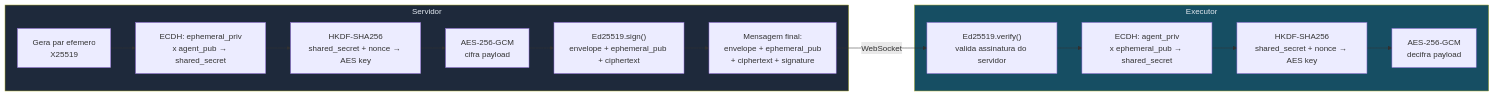
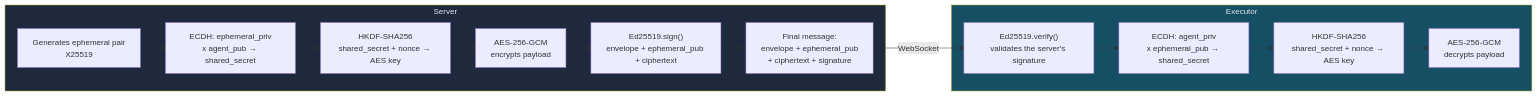
One commit to jlanio/atlans changed the sixth of 15 diagrams in docs/architecture.md. Above: the diagram before and after it, drawn with Mermaid. The commit also changed other lines of this file and 41 other files, not shown here.

````diff
--- a/docs/architecture.md
+++ b/docs/architecture.md
@@ -533,24 +534,24 @@
 ```mermaid
 flowchart LR
-    subgraph Servidor
-        EPHEMERAL["Gera par efemero<br/>X25519"]
+    subgraph Servidor["Server"]
+        EPHEMERAL["Generates ephemeral pair<br/>X25519"]
         ECDH["ECDH: ephemeral_priv<br/>x agent_pub → shared_secret"]
         HKDF["HKDF-SHA256<br/>shared_secret + nonce → AES key"]
-        AES["AES-256-GCM<br/>cifra payload"]
+        AES["AES-256-GCM<br/>encrypts payload"]
         SIGN["Ed25519.sign()<br/>envelope + ephemeral_pub + ciphertext"]
-        MSG["Mensagem final:<br/>envelope + ephemeral_pub<br/>+ ciphertext + signature"]
+        MSG["Final message:<br/>envelope + ephemeral_pub<br/>+ ciphertext + signature"]
     end
 
     subgraph Executor
-        VERIFY["Ed25519.verify()<br/>valida assinatura do servidor"]
+        VERIFY["Ed25519.verify()<br/>validates the server's signature"]
         ECDH2["ECDH: agent_priv<br/>x ephemeral_pub → shared_secret"]
         HKDF2["HKDF-SHA256<br/>shared_secret + nonce → AES key"]
-        DECRYPT["AES-256-GCM<br/>decifra payload"]
+        DECRYPT["AES-256-GCM<br/>decrypts payload"]
     end
 
     EPHEMERAL --> ECDH --> HKDF --> AES --> SIGN --> MSG
     MSG -->|"WebSocket"| VERIFY --> ECDH2 --> HKDF2 --> DECRYPT
 
     style Servidor fill:#1e293b,color:#e2e8f0
     style Executor fill:#164e63,color:#e2e8f0
 ```
````
